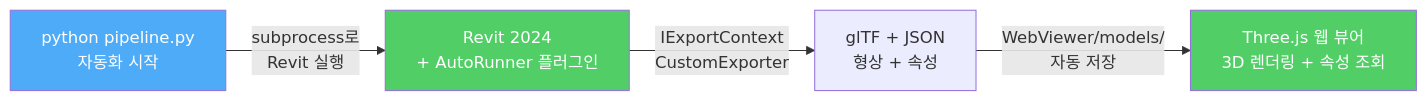
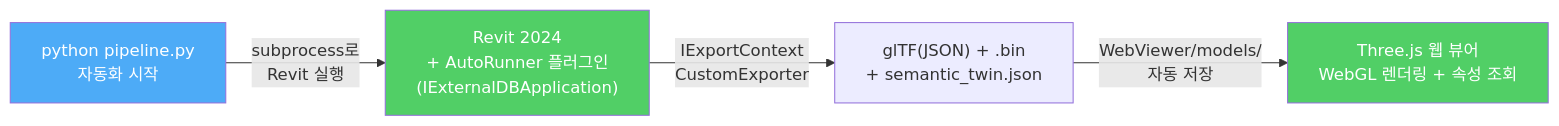
Before and after one commit to i2na/dt-engine-research: the first of 6 diagrams in docs/idea-02.md, drawn with Mermaid. The commit also changed other lines of this file and 2 other files, not shown here.

````diff
--- a/docs/idea-02.md
+++ b/docs/idea-02.md
@@ -28,10 +27,10 @@
 ```mermaid
 flowchart LR
-    A["python pipeline.py<br/>자동화 시작"] -->|"subprocess로<br/>Revit 실행"| B["Revit 2024<br/>+ AutoRunner 플러그인"]
-    B -->|"IExportContext<br/>CustomExporter"| C["glTF + JSON<br/>형상 + 속성"]
-    C -->|"WebViewer/models/<br/>자동 저장"| D["Three.js 웹 뷰어<br/>3D 렌더링 + 속성 조회"]
+    A["python pipeline.py<br/>자동화 시작"] -->|"subprocess로<br/>Revit 실행"| B["Revit 2024<br/>+ AutoRunner 플러그인<br/>(IExternalDBApplication)"]
+    B -->|"IExportContext<br/>CustomExporter"| C["glTF(JSON) + .bin<br/>+ semantic_twin.json"]
+    C -->|"WebViewer/models/<br/>자동 저장"| D["Three.js 웹 뷰어<br/>WebGL 렌더링 + 속성 조회"]
 
     style A fill:#4dabf7,color:#fff
     style B fill:#51cf66,color:#fff
     style D fill:#51cf66,color:#fff
 ```
````
